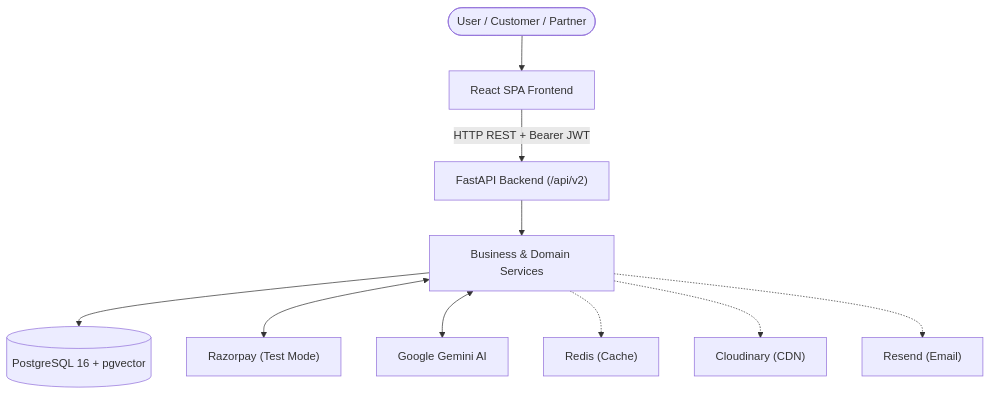
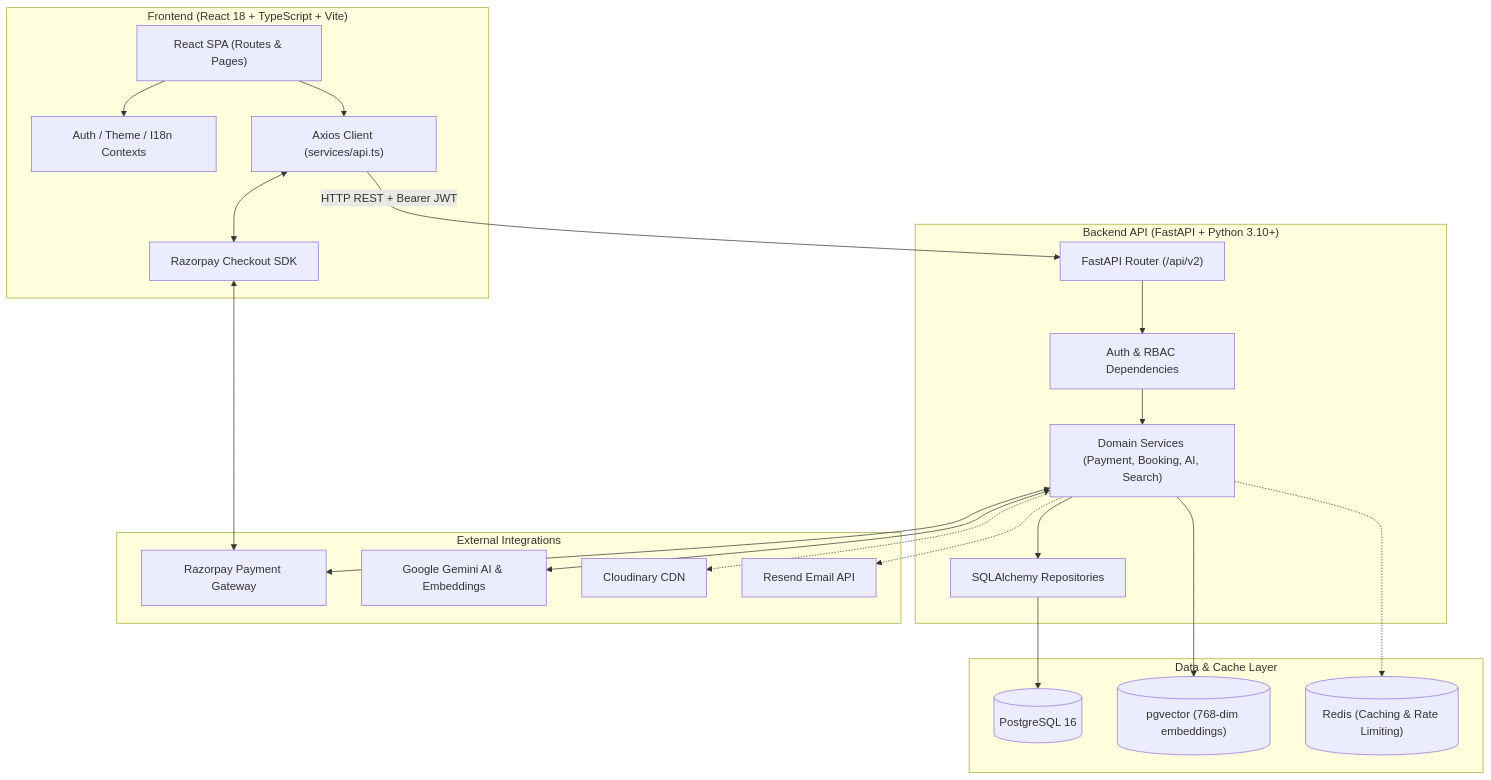
The first of 6 diagrams in README.md (priyanshu130018/Namma-Connect), drawn with Mermaid before and after one commit. The commit also changed other lines of this file and 750 other files, not shown here.

````diff
--- a/README.md
+++ b/README.md
@@ -53,13 +103,46 @@
 ```mermaid
 flowchart TD
-    User([User / Customer / Partner]) --> Frontend["React SPA Frontend"]
-    Frontend -->|HTTP REST + Bearer JWT| API["FastAPI Backend (/api/v2)"]
-    API --> Services["Business & Domain Services"]
-    Services --> DB[("PostgreSQL 16 + pgvector")]
+    subgraph Client ["Frontend (React 18 + TypeScript + Vite)"]
+        SPA["React SPA (Routes & Pages)"]
+        Contexts["Auth / Theme / I18n Contexts"]
+        ClientAPI["Axios Client (services/api.ts)"]
+        RazorpayModal["Razorpay Checkout SDK"]
+    end
 
-    Services <--> Razorpay["Razorpay (Test Mode)"]
-    Services <--> Gemini["Google Gemini AI"]
-    Services -.-> Redis["Redis (Cache)"]
-    Services -.-> Cloudinary["Cloudinary (CDN)"]
-    Services -.-> Resend["Resend (Email)"]
+    subgraph Backend ["Backend API (FastAPI + Python 3.10+)"]
+        Router["FastAPI Router (/api/v2)"]
+        AuthMid["Auth & RBAC Dependencies"]
+        Services["Domain Services (Payment, Booking, AI, Search)"]
+        Repos["SQLAlchemy Repositories"]
+    end
+
+    subgraph Data ["Data & Cache Layer"]
+        Postgres[("PostgreSQL 16")]
+        PGVector[("pgvector (768-dim embeddings)")]
+        Redis[("Redis (Caching & Rate Limiting)")]
+    end
+
+    subgraph External ["External Integrations"]
+        RazorpayGateway["Razorpay Payment Gateway"]
+        GoogleGemini["Google Gemini AI & Embeddings"]
+        CloudinaryAPI["Cloudinary CDN"]
+        ResendAPI["Resend Email API"]
+    end
+
+    SPA --> Contexts
+    SPA --> ClientAPI
+    ClientAPI -->|HTTP REST + Bearer JWT| Router
+    Router --> AuthMid
+    AuthMid --> Services
+    Services --> Repos
+    Repos --> Postgres
+    Services --> PGVector
+    Services -.-> Redis
+
+    ClientAPI <--> RazorpayModal
+    RazorpayModal <--> RazorpayGateway
+    Services <--> RazorpayGateway
+    Services <--> GoogleGemini
+    Services -.-> CloudinaryAPI
+    Services -.-> ResendAPI
 ```
````
